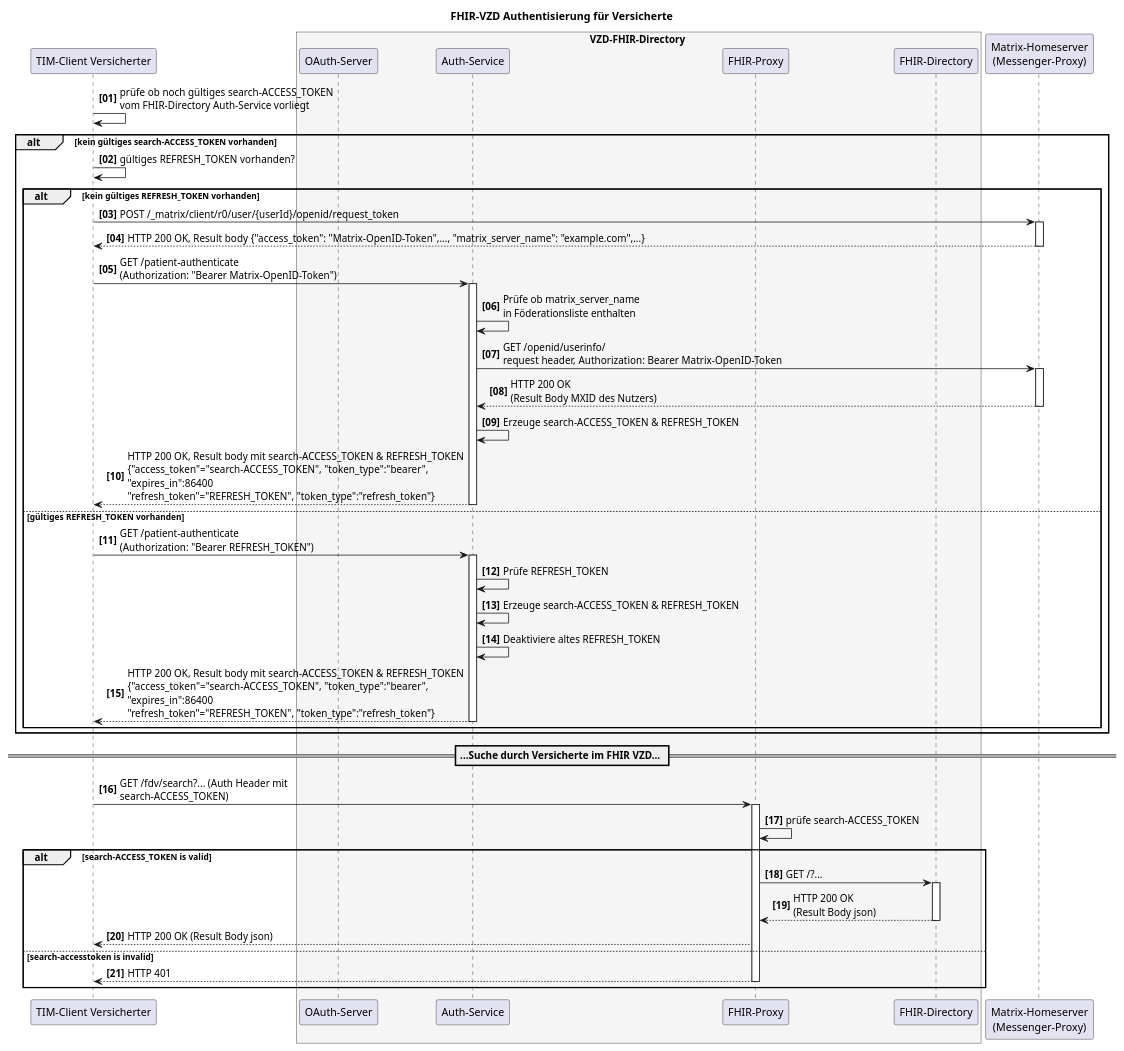
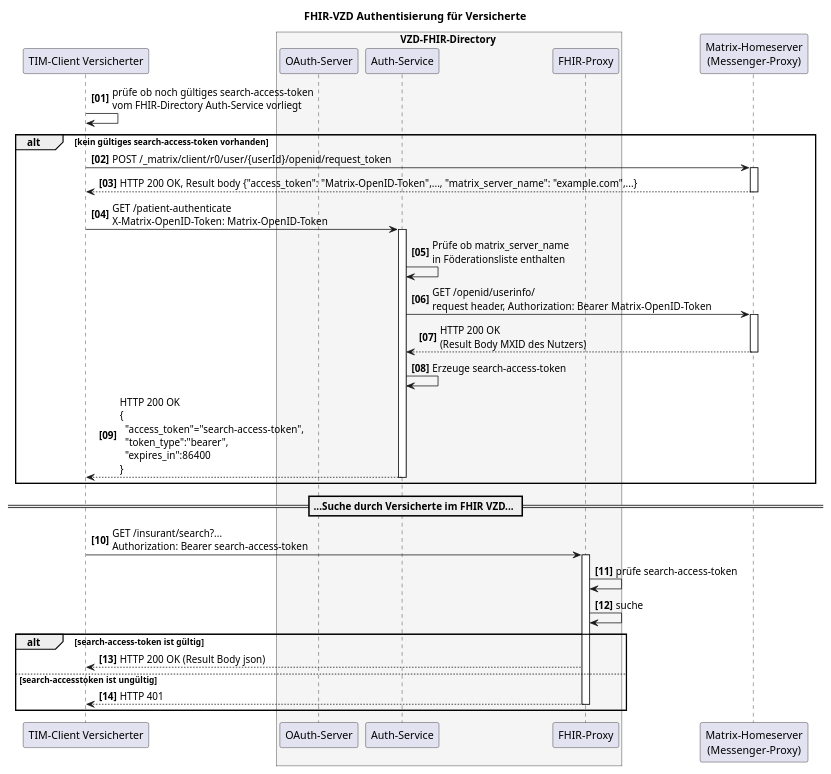
The diagram in src/plantuml/SequenceDiagram.FHIR-Directory.fdv.search.tim.puml (gematik/api-vzd), drawn with PlantUML before and after one commit. The commit also changed 1 other file, not shown here.

Commit message:
Simplify diagramms

```diff
--- a/src/plantuml/SequenceDiagram.FHIR-Directory.fdv.search.tim.puml
+++ b/src/plantuml/SequenceDiagram.FHIR-Directory.fdv.search.tim.puml
@@ -1,66 +1,51 @@
 @startuml
 autonumber 1 1 "<b>[00]"
 title "FHIR-VZD Authentisierung für Versicherte"
 
 participant VClient as "TIM-Client Versicherter"
 
 box VZD-FHIR-Directory #WhiteSmoke
     participant "OAuth-Server" as VzdOAuth
     participant "Auth-Service" as VzdAuth
     participant fp as "FHIR-Proxy"
-    participant fd as "FHIR-Directory"
 end box
 
 participant hs as "Matrix-Homeserver\n(Messenger-Proxy)"
 
-VClient-> VClient: prüfe ob noch gültiges search-ACCESS_TOKEN\nvom FHIR-Directory Auth-Service vorliegt
+VClient-> VClient: prüfe ob noch gültiges search-access-token\nvom FHIR-Directory Auth-Service vorliegt
 
-alt kein gültiges search-ACCESS_TOKEN vorhanden
-VClient->VClient: gültiges REFRESH_TOKEN vorhanden?
-alt kein gültiges REFRESH_TOKEN vorhanden
+alt kein gültiges search-access-token vorhanden
    VClient-> hs: POST /_matrix/client/r0/user/{userId}/openid/request_token
    activate hs
    hs --> VClient: HTTP 200 OK, Result body {"access_token": "Matrix-OpenID-Token",..., "matrix_server_name": "example.com",...}
    deactivate hs
 
-   VClient->VzdAuth++: GET /patient-authenticate \n(Authorization: "Bearer Matrix-OpenID-Token")
+   VClient->VzdAuth++: GET /patient-authenticate \nX-Matrix-OpenID-Token: Matrix-OpenID-Token
 
    VzdAuth-> VzdAuth: Prüfe ob matrix_server_name\nin Föderationsliste enthalten
    VzdAuth-> hs: GET /openid/userinfo/\nrequest header, Authorization: Bearer Matrix-OpenID-Token
    activate hs
    hs --> VzdAuth: HTTP 200 OK\n(Result Body MXID des Nutzers)
    deactivate hs
-   VzdAuth->VzdAuth: Erzeuge search-ACCESS_TOKEN & REFRESH_TOKEN
-   VzdAuth--> VClient: HTTP 200 OK, Result body mit search-ACCESS_TOKEN & REFRESH_TOKEN\n{"access_token"="search-ACCESS_TOKEN", "token_type":"bearer",\n"expires_in":86400\n"refresh_token"="REFRESH_TOKEN", "token_type":"refresh_token"}
+   VzdAuth->VzdAuth: Erzeuge search-access-token
+   VzdAuth--> VClient: HTTP 200 OK\n{\n  "access_token"="search-access-token",\n  "token_type":"bearer",\n  "expires_in":86400\n}
    deactivate VzdAuth
 
- else gültiges REFRESH_TOKEN vorhanden
-   VClient->VzdAuth++: GET /patient-authenticate \n(Authorization: "Bearer REFRESH_TOKEN")
-   VzdAuth->VzdAuth: Prüfe REFRESH_TOKEN
-   VzdAuth->VzdAuth: Erzeuge search-ACCESS_TOKEN & REFRESH_TOKEN
-   VzdAuth->VzdAuth: Deaktiviere altes REFRESH_TOKEN
-   VzdAuth--> VClient: HTTP 200 OK, Result body mit search-ACCESS_TOKEN & REFRESH_TOKEN\n{"access_token"="search-ACCESS_TOKEN", "token_type":"bearer",\n"expires_in":86400\n"refresh_token"="REFRESH_TOKEN", "token_type":"refresh_token"}
-   deactivate VzdAuth
-
-end
 
 end
 
 == ...Suche durch Versicherte im FHIR VZD... ==
 
-VClient -> fp: GET /fdv/search?... (Auth Header mit\nsearch-ACCESS_TOKEN)
+VClient -> fp: GET /insurant/search?...\nAuthorization: Bearer search-access-token
 activate fp
-fp -> fp: prüfe search-ACCESS_TOKEN
+fp -> fp: prüfe search-access-token
+fp -> fp: suche
 
-alt search-ACCESS_TOKEN is valid
-   fp -> fd: GET /?...
-   activate fd
-   fd --> fp: HTTP 200 OK\n(Result Body json)
-   deactivate fd
+alt search-access-token ist gültig
    fp --> VClient : HTTP 200 OK (Result Body json)
- else search-accesstoken is invalid
+ else search-accesstoken ist ungültig
    fp --> VClient : HTTP 401
    deactivate fp
 end
 
 @enduml
```
